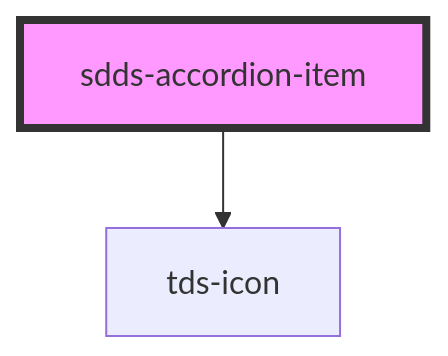
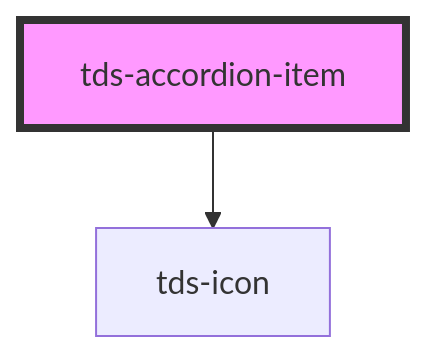
Before and after one commit to scania-digital-design-system/tegel: the diagram in core/src/components/accordion/accordion-item/readme.md, drawn with Mermaid. The commit also changed other lines of this file and 10 other files, not shown here.

````diff
--- a/core/src/components/accordion/accordion-item/readme.md
+++ b/core/src/components/accordion/accordion-item/readme.md
@@ -45,5 +46,5 @@
 ```mermaid
 graph TD;
-  sdds-accordion-item --> tds-icon
-  style sdds-accordion-item fill:#f9f,stroke:#333,stroke-width:4px
+  tds-accordion-item --> tds-icon
+  style tds-accordion-item fill:#f9f,stroke:#333,stroke-width:4px
 ```
````
